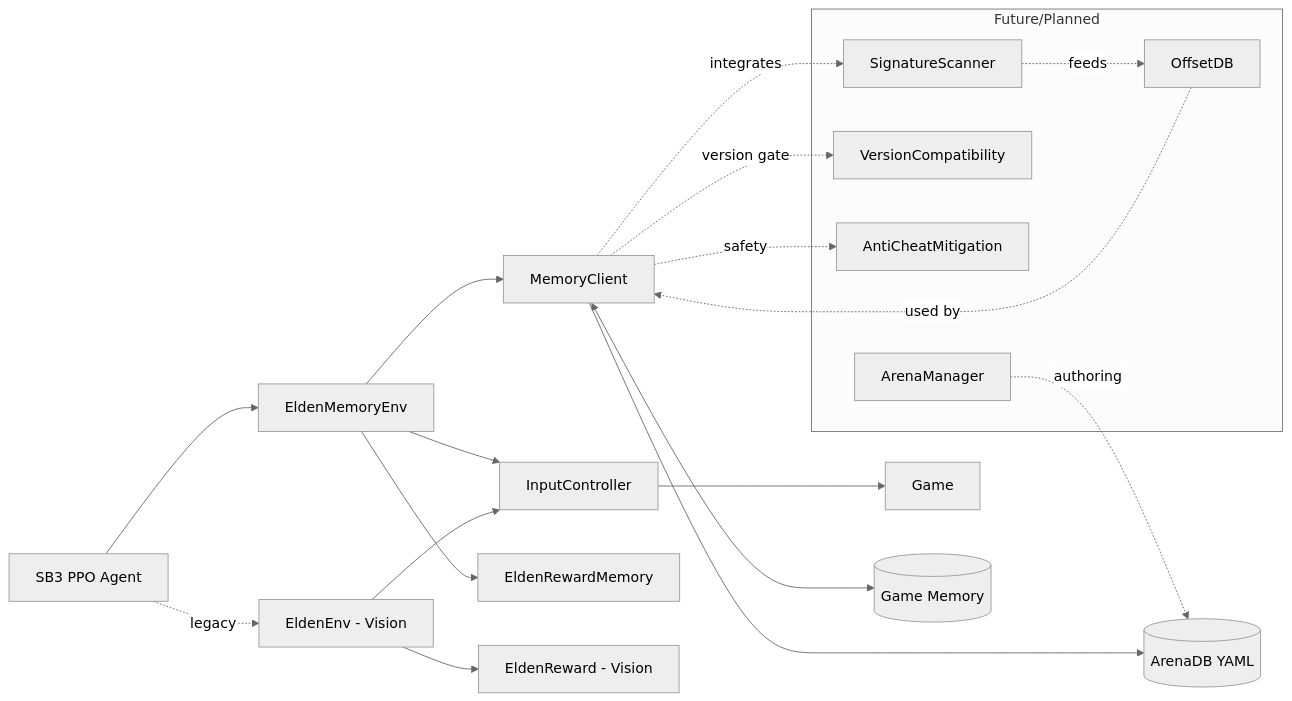
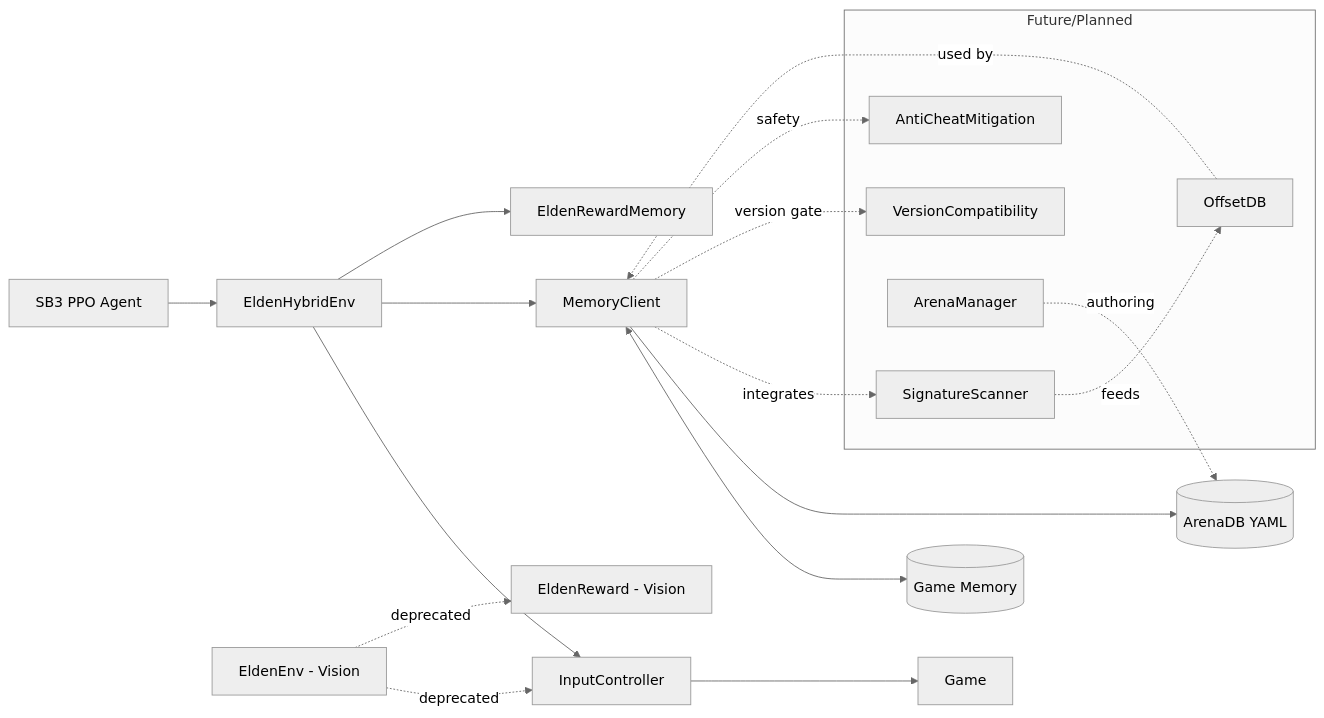
Before and after one commit to flannequal/internal_eldenRL: the diagram in README.md, drawn with Mermaid (neutral theme). The commit also changed other lines of this file and 21 other files, not shown here.

Commit message:
separate yaml configs, more cheat tables,  hybrid-only environment merge

````diff
--- a/README.md
+++ b/README.md
@@ -60,33 +54,32 @@
 ```mermaid
 flowchart LR
-  A[SB3 PPO Agent] --> B[EldenMemoryEnv]
-  A -. legacy .-> L[EldenEnv - Vision]
+  A[SB3 PPO Agent] --> H[EldenHybridEnv]
 
-  B --> C[InputController]
+  H --> C[InputController]
   C --> G[Game]
 
-  B --> D[MemoryClient]
+  H --> D[MemoryClient]
   D <--> M[(Game Memory)]
 
-  B --> E[EldenRewardMemory]
+  H --> E[EldenRewardMemory]
 
   %% Data/config side
   D --> F[(ArenaDB YAML)]
   subgraph Future/Planned
     S[SignatureScanner]
     O[OffsetDB]
     V[VersionCompatibility]
     AC[AntiCheatMitigation]
     AM[ArenaManager]
   end
   D -. integrates .-> S
   S -. feeds .-> O
   O -. used by .-> D
   D -. version gate .-> V
   D -. safety .-> AC
   AM -. authoring .-> F
 
-  %% Legacy vision stack (optional)
-  L --> C
-  L --> R[EldenReward - Vision]
+  %% Legacy envs kept for reference only
+  L[EldenEnv - Vision] -.deprecated .-> C
+  L -.deprecated .-> R[EldenReward - Vision]
 ```
````
